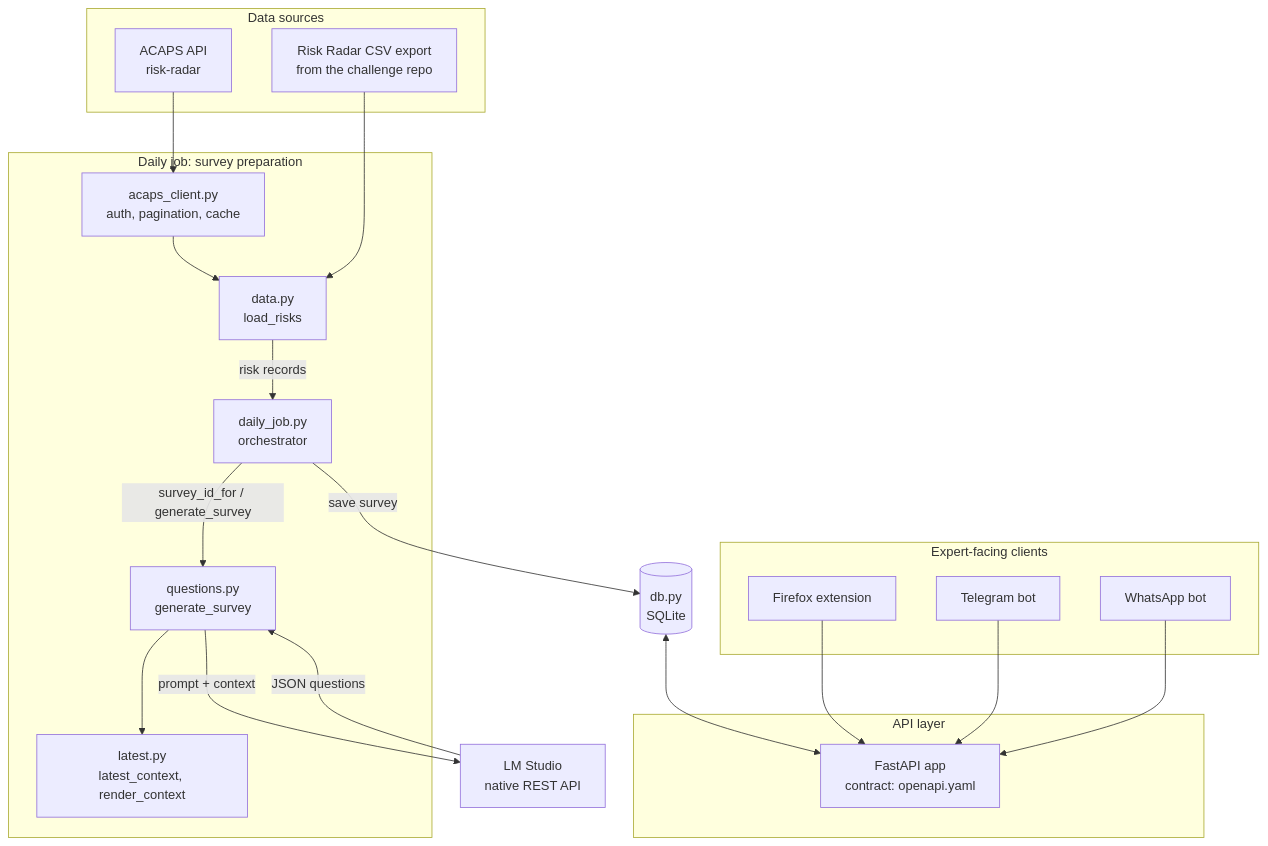
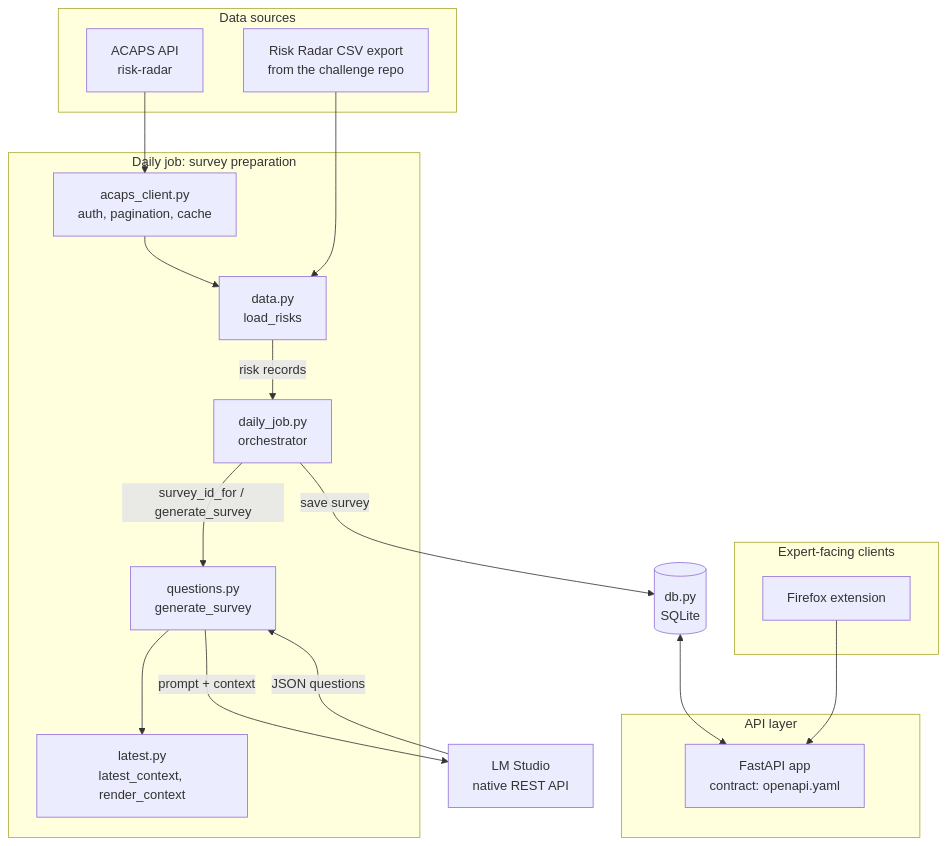
Before and after one commit to mkurapov/hackathon-for-good-2026: the diagram in backend/ARCHITECTURE.md, drawn with Mermaid. The commit also changed other lines of this file and 3 other files, not shown here.

````diff
--- a/backend/ARCHITECTURE.md
+++ b/backend/ARCHITECTURE.md
@@ -9,42 +9,38 @@
 ```mermaid
 flowchart TD
     subgraph sources["Data sources"]
         ACAPS["ACAPS API<br/>risk-radar"]
         CSV["Risk Radar CSV export<br/>from the challenge repo"]
     end
 
     subgraph job["Daily job: survey preparation"]
         CLIENT["acaps_client.py<br/>auth, pagination, cache"]
         DATA["data.py<br/>load_risks"]
         DAILY["daily_job.py<br/>orchestrator"]
         LATEST["latest.py<br/>latest_context, render_context"]
         QUESTIONS["questions.py<br/>generate_survey"]
     end
 
     LLM["LM Studio<br/>native REST API"]
     DB[("db.py<br/>SQLite")]
 
     subgraph api["API layer"]
         FASTAPI["FastAPI app<br/>contract: openapi.yaml"]
     end
 
     subgraph clients["Expert-facing clients"]
         EXT["Firefox extension"]
-        TG["Telegram bot"]
-        WA["WhatsApp bot"]
     end
 
     ACAPS --> CLIENT --> DATA
     CSV --> DATA
     DATA -->|"risk records"| DAILY
     DAILY -->|"survey_id_for / generate_survey"| QUESTIONS
     QUESTIONS --> LATEST
     QUESTIONS -->|"prompt + context"| LLM
     LLM -->|"JSON questions"| QUESTIONS
     DAILY -->|"save survey"| DB
 
     DB <--> FASTAPI
     EXT --> FASTAPI
-    TG --> FASTAPI
-    WA --> FASTAPI
 ```
````
